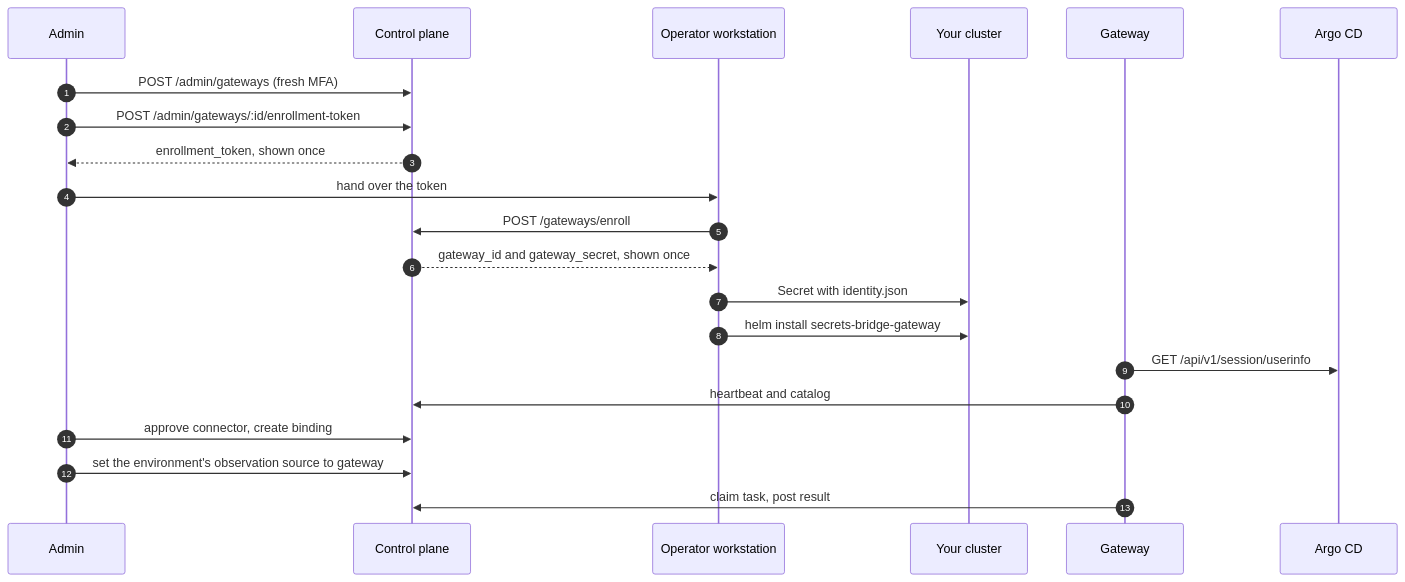
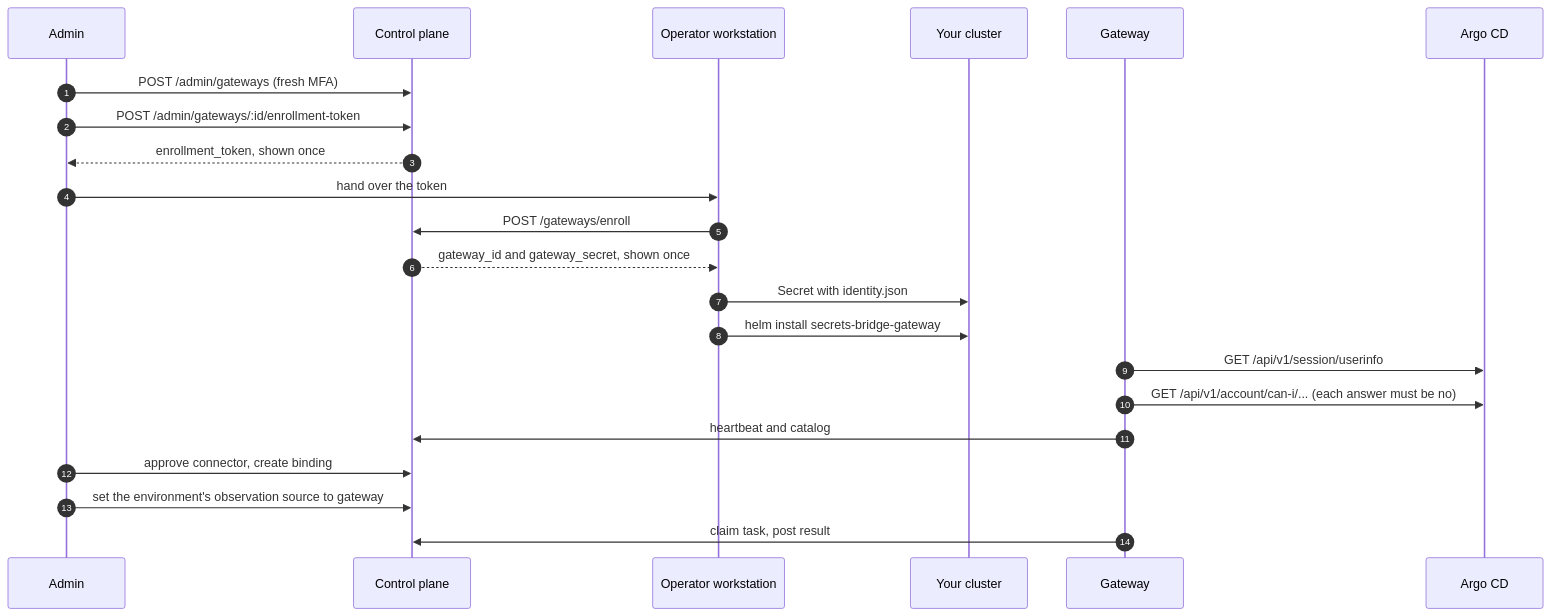
One commit to secrets-bridge/docs changed the diagram in docs/operations/gateway.md. Above: the diagram before and after it, drawn with Mermaid. The commit also changed other lines of this file and 4 other files, not shown here.

First line of the commit message:
docs(gateway): minimal Argo CD policy, can-i probe and Application identity

````diff
--- a/docs/operations/gateway.md
+++ b/docs/operations/gateway.md
@@ -26,23 +26,24 @@
 ```mermaid
 sequenceDiagram
     autonumber
     participant Admin
     participant CP as Control plane
     participant Op as Operator workstation
     participant K8s as Your cluster
     participant GW as Gateway
     participant Argo as Argo CD
     Admin->>CP: POST /admin/gateways (fresh MFA)
     Admin->>CP: POST /admin/gateways/:id/enrollment-token
     CP-->>Admin: enrollment_token, shown once
     Admin->>Op: hand over the token
     Op->>CP: POST /gateways/enroll
     CP-->>Op: gateway_id and gateway_secret, shown once
     Op->>K8s: Secret with identity.json
     Op->>K8s: helm install secrets-bridge-gateway
     GW->>Argo: GET /api/v1/session/userinfo
+    GW->>Argo: GET /api/v1/account/can-i/... (each answer must be no)
     GW->>CP: heartbeat and catalog
     Admin->>CP: approve connector, create binding
     Admin->>CP: set the environment's observation source to gateway
     GW->>CP: claim task, post result
 ```
````
